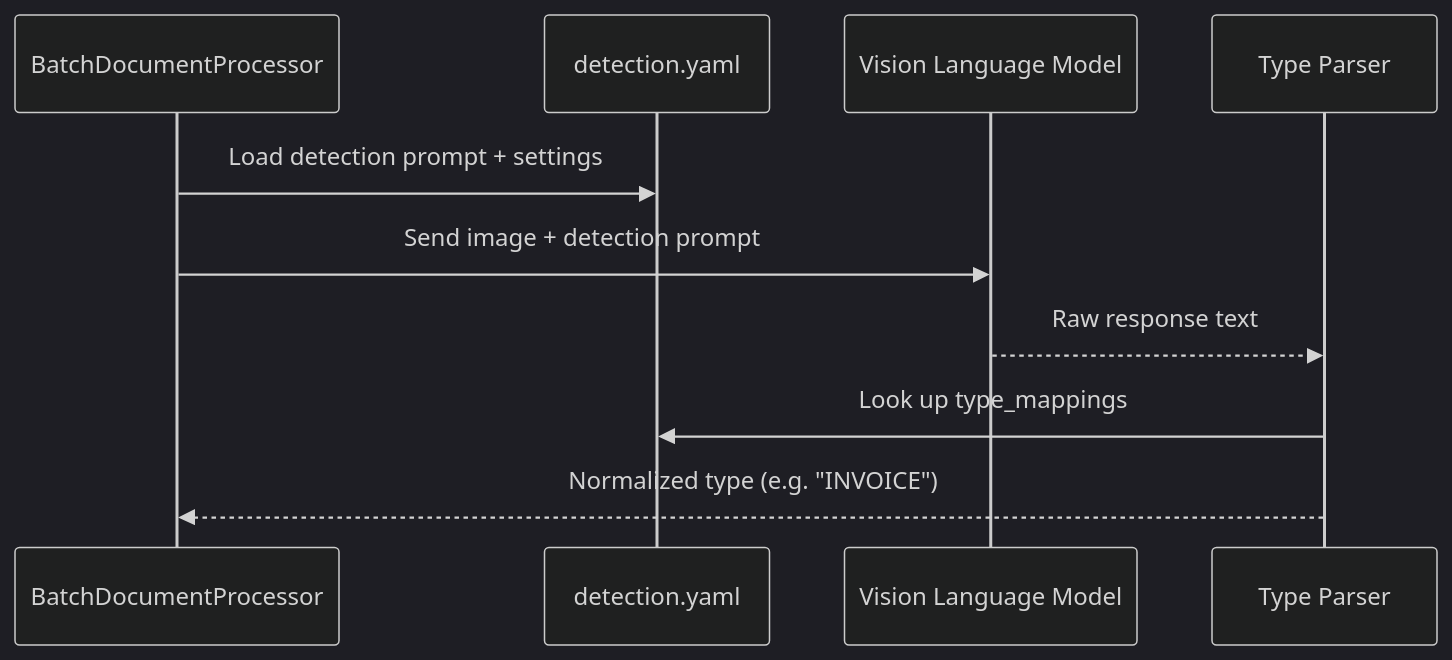
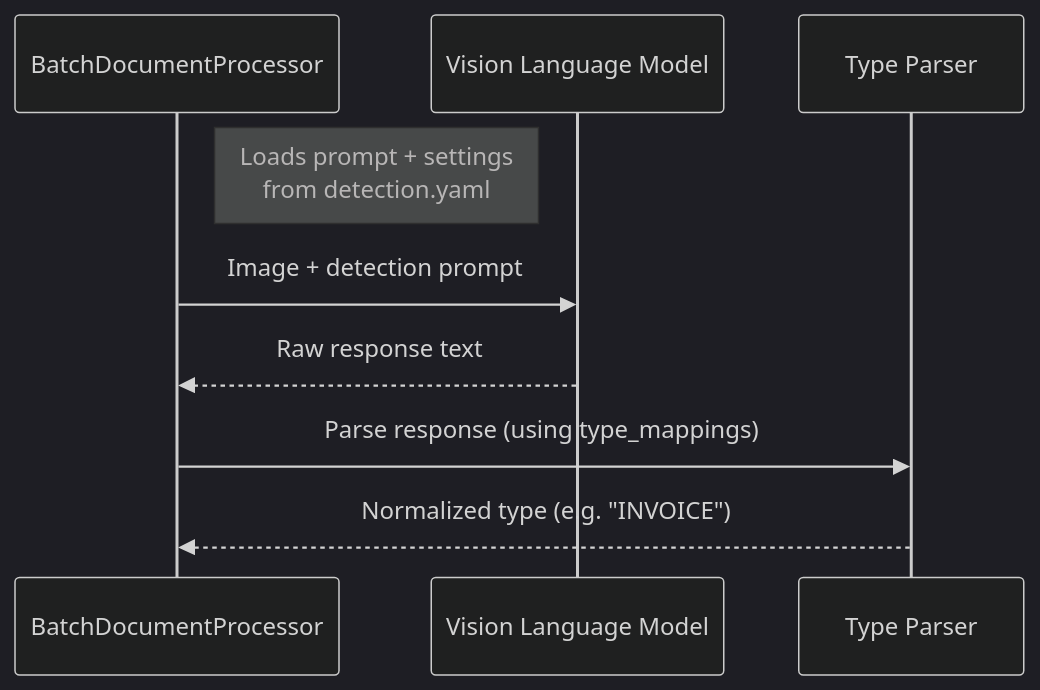
The third of 7 diagrams in docs/CONFIG_DRIVEN_DISPATCH.md (tmnestor/LMM_POC), drawn with Mermaid (dark theme) before and after one commit. The commit also changed other lines of this file, not shown here.

Commit message:
docs: Update sequence diagram and clarify YAML loading process in Config-Driven Dispatch documentation

````diff
--- a/docs/CONFIG_DRIVEN_DISPATCH.md
+++ b/docs/CONFIG_DRIVEN_DISPATCH.md
@@ -94,13 +94,12 @@
 ```mermaid
 sequenceDiagram
     participant BP as BatchDocumentProcessor
-    participant YAML as detection.yaml
     participant VLM as Vision Language Model
     participant Parser as Type Parser
 
-    BP->>YAML: Load detection prompt + settings
-    BP->>VLM: Send image + detection prompt
-    VLM-->>Parser: Raw response text
-    Parser->>YAML: Look up type_mappings
+    note right of BP: Loads prompt + settings<br/>from detection.yaml
+    BP->>VLM: Image + detection prompt
+    VLM-->>BP: Raw response text
+    BP->>Parser: Parse response (using type_mappings)
     Parser-->>BP: Normalized type (e.g. "INVOICE")
 ```
````
